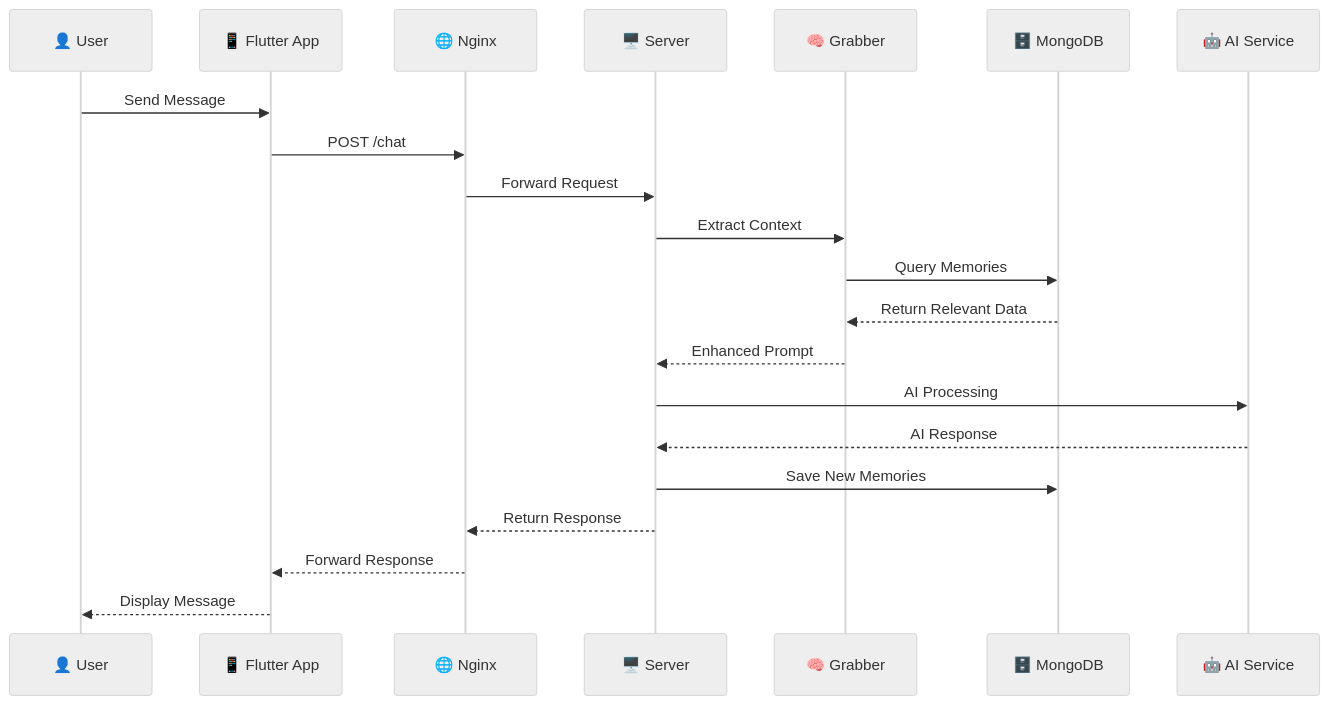
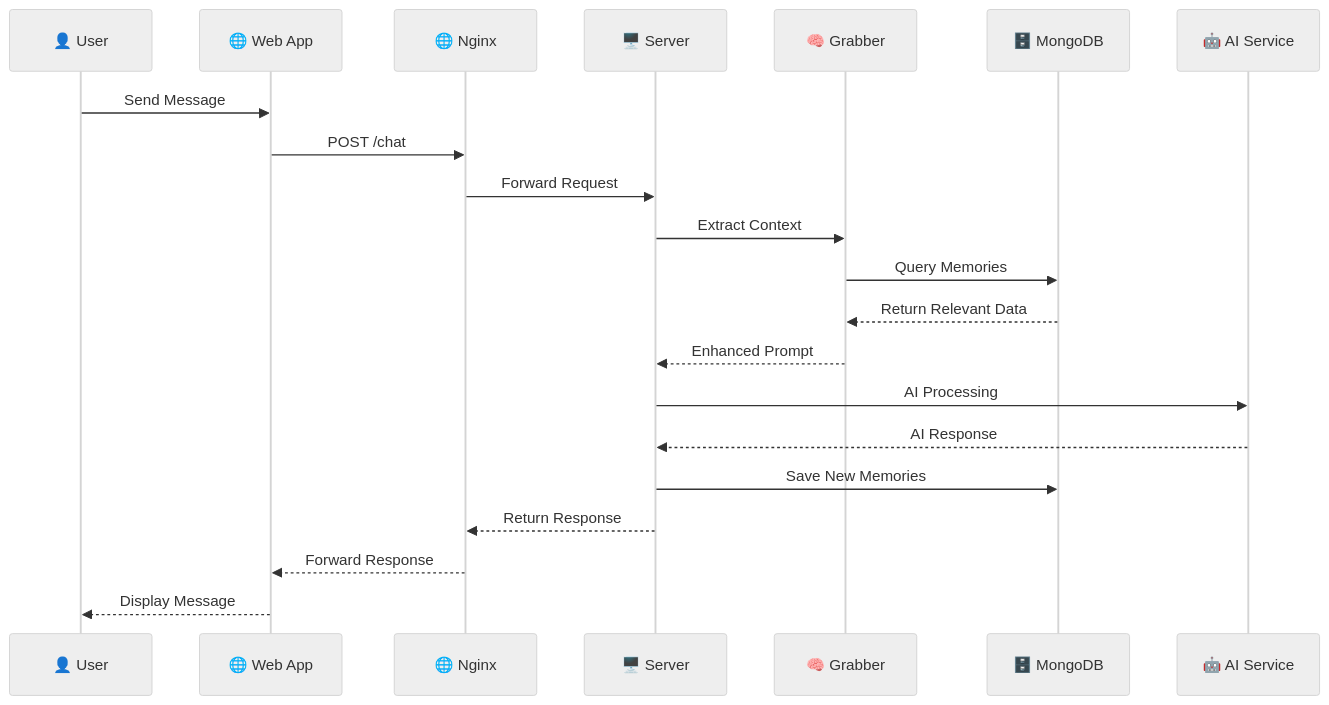
Before and after one commit to TheusHen/roommate: the third of 22 diagrams in docs/architecture.md, drawn with Mermaid (neutral theme). The commit also changed other lines of this file and 8 other files, not shown here.

Commit message:
Update docs to reflect Flutter to web migration

````diff
--- a/docs/architecture.md
+++ b/docs/architecture.md
@@ -124,24 +122,24 @@
 ```mermaid
 sequenceDiagram
     participant U as 👤 User
-    participant F as 📱 Flutter App
+    participant W as 🌐 Web App
     participant N as 🌐 Nginx
     participant S as 🖥️ Server
     participant G as 🧠 Grabber
     participant M as 🗄️ MongoDB
     participant A as 🤖 AI Service
     
-    U->>F: Send Message
-    F->>N: POST /chat
+    U->>W: Send Message
+    W->>N: POST /chat
     N->>S: Forward Request
     S->>G: Extract Context
     G->>M: Query Memories
     M-->>G: Return Relevant Data
     G-->>S: Enhanced Prompt
     S->>A: AI Processing
     A-->>S: AI Response
     S->>M: Save New Memories
     S-->>N: Return Response
-    N-->>F: Forward Response
-    F-->>U: Display Message
+    N-->>W: Forward Response
+    W-->>U: Display Message
 ```
````
